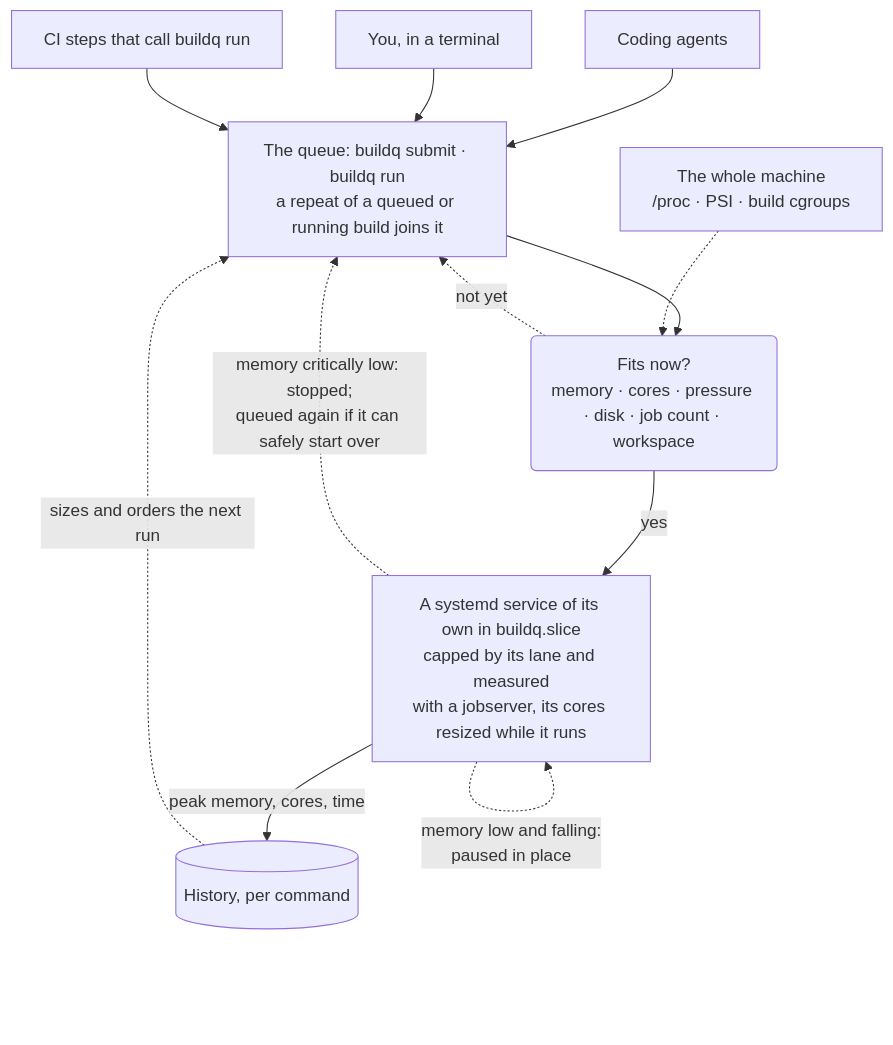
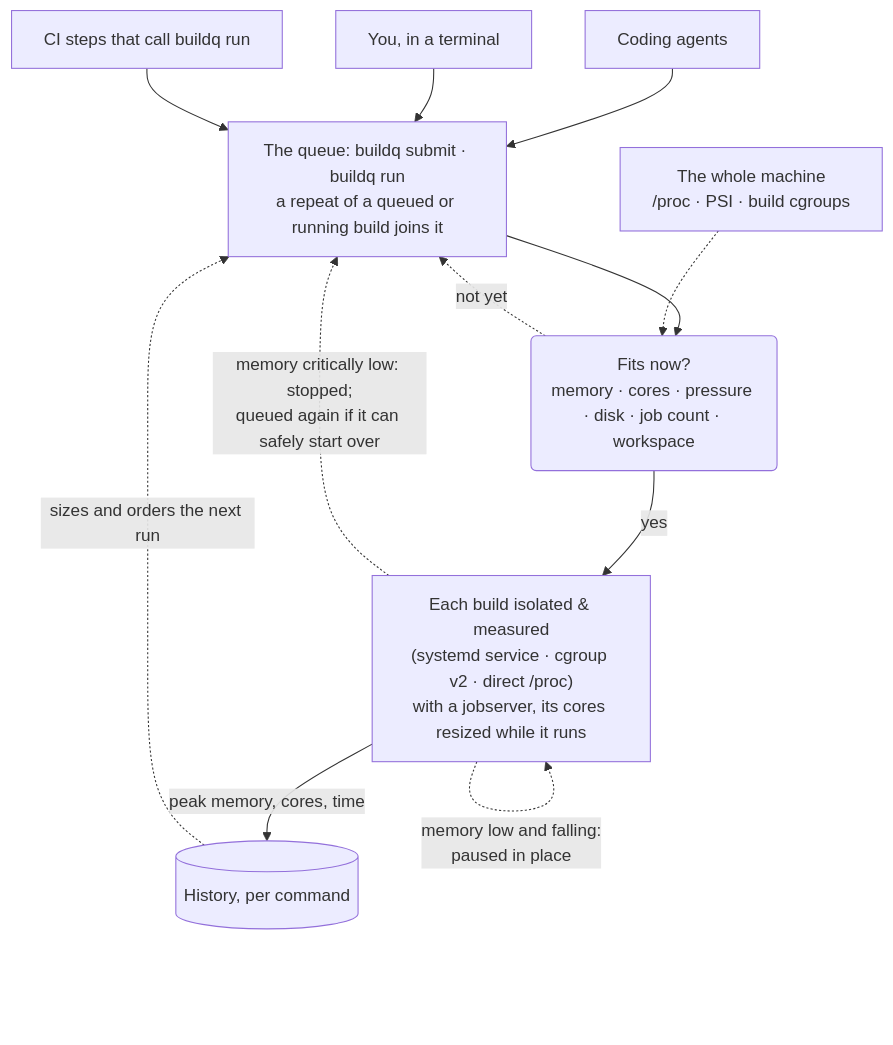
The diagram in README.md (nosliwsirhc/buildq), drawn with Mermaid before and after one commit. The commit also changed other lines of this file and 31 other files, not shown here.

First line of the commit message:
feat: add first-class non-systemd Linux support (cgroup v2 & direct runners) (#84)

````diff
--- a/README.md
+++ b/README.md
@@ -32,15 +32,15 @@
 ```mermaid
 flowchart TB
     A["Coding agents"] --> Q
     T["You, in a terminal"] --> Q
     C["CI steps that call buildq run"] --> Q
     Q["The queue: buildq submit · buildq run<br/>a repeat of a queued or running build joins it"] --> D
     M["The whole machine<br/>/proc · PSI · build cgroups"] -.-> D
     D("Fits now?<br/>memory · cores · pressure · disk · job count · workspace") -- "yes" --> S
     D -. "not yet" .-> Q
-    S["A systemd service of its own in buildq.slice<br/>capped by its lane and measured<br/>with a jobserver, its cores resized while it runs"]
+    S["Each build isolated &amp; measured<br/>(systemd service · cgroup v2 · direct /proc)<br/>with a jobserver, its cores resized while it runs"]
     S -. "memory low and falling:<br/>paused in place" .-> S
     S -. "memory critically low: stopped;<br/>queued again if it can safely start over" .-> Q
     S -- "peak memory, cores, time" --> H[("History, per command")]
     H -. "sizes and orders the next run" .-> Q
 ```
````
